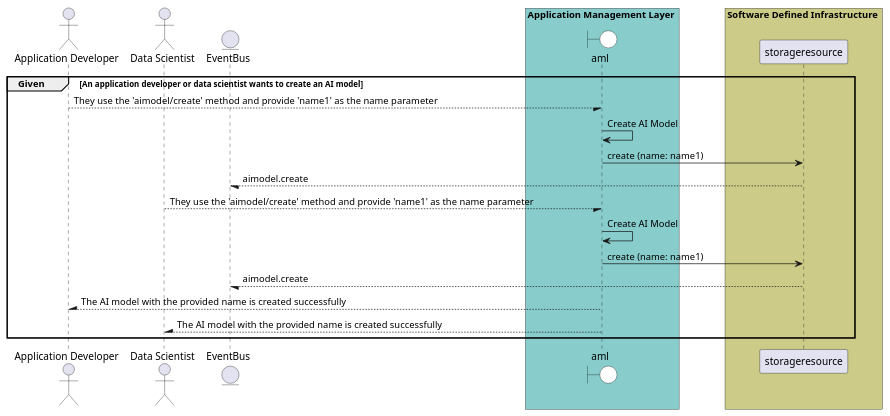
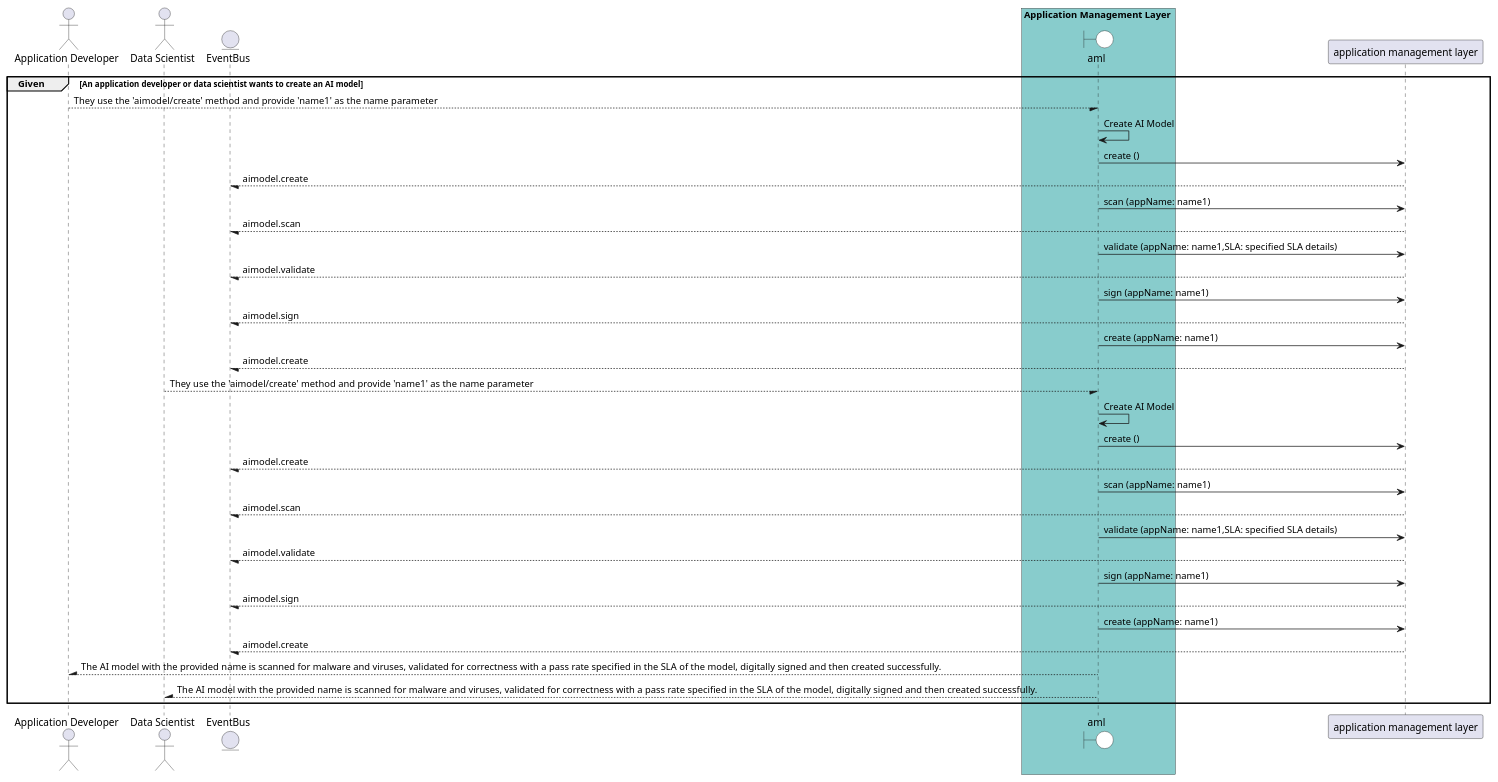
One commit to madajaju/edgemere changed the diagram in docs/edgemere/aml/usecases/ManageAIModels/CreateAIModel.puml. Above: the diagram before and after it, drawn with PlantUML. The commit also changed 909 other files, not shown here.

```diff
--- a/docs/edgemere/aml/usecases/ManageAIModels/CreateAIModel.puml
+++ b/docs/edgemere/aml/usecases/ManageAIModels/CreateAIModel.puml
@@ -1,46 +1,77 @@
 @startuml
 
 
 actor "Application Developer"
 
 actor "Data Scientist"
 
 
 entity EventBus
 
 box Application Management Layer #88cccc
     boundary aml #white
 end box
 
 
-box Software Defined Infrastructure #cccc88
-            participant storageresource
+box Application Management Layer #88cccc
     end box
 
 group Given [An application developer or data scientist wants to create an AI model]
 
 "Application Developer" --/ aml: They use the &#39;aimodel/create&#39; method and provide &#39;name1&#39; as the name parameter
 "aml" -> aml: Create AI Model
 
-    aml -> "storageresource": create (name: name1)
+    aml -> "application management layer": create ()
 
-    "storageresource" --/ EventBus: aimodel.create
+    "application management layer" --/ EventBus: aimodel.create
+
+    aml -> "application management layer": scan (appName: name1)
+
+    "application management layer" --/ EventBus: aimodel.scan
+
+    aml -> "application management layer": validate (appName: name1,SLA: specified SLA details)
+
+    "application management layer" --/ EventBus: aimodel.validate
+
+    aml -> "application management layer": sign (appName: name1)
+
+    "application management layer" --/ EventBus: aimodel.sign
+
+    aml -> "application management layer": create (appName: name1)
+
+    "application management layer" --/ EventBus: aimodel.create
 
 
 "Data Scientist" --/ aml: They use the &#39;aimodel/create&#39; method and provide &#39;name1&#39; as the name parameter
 "aml" -> aml: Create AI Model
 
-    aml -> "storageresource": create (name: name1)
+    aml -> "application management layer": create ()
 
-    "storageresource" --/ EventBus: aimodel.create
+    "application management layer" --/ EventBus: aimodel.create
+
+    aml -> "application management layer": scan (appName: name1)
+
+    "application management layer" --/ EventBus: aimodel.scan
+
+    aml -> "application management layer": validate (appName: name1,SLA: specified SLA details)
+
+    "application management layer" --/ EventBus: aimodel.validate
+
+    aml -> "application management layer": sign (appName: name1)
+
+    "application management layer" --/ EventBus: aimodel.sign
+
+    aml -> "application management layer": create (appName: name1)
+
+    "application management layer" --/ EventBus: aimodel.create
 
 
 
-"Application Developer" /-- aml: The AI model with the provided name is created successfully
+"Application Developer" /-- aml: The AI model with the provided name is scanned for malware and viruses, validated for correctness with a pass rate specified in the SLA of the model, digitally signed and then created successfully.
 
-"Data Scientist" /-- aml: The AI model with the provided name is created successfully
+"Data Scientist" /-- aml: The AI model with the provided name is scanned for malware and viruses, validated for correctness with a pass rate specified in the SLA of the model, digitally signed and then created successfully.
 
 
 end
 
 @enduml
```
